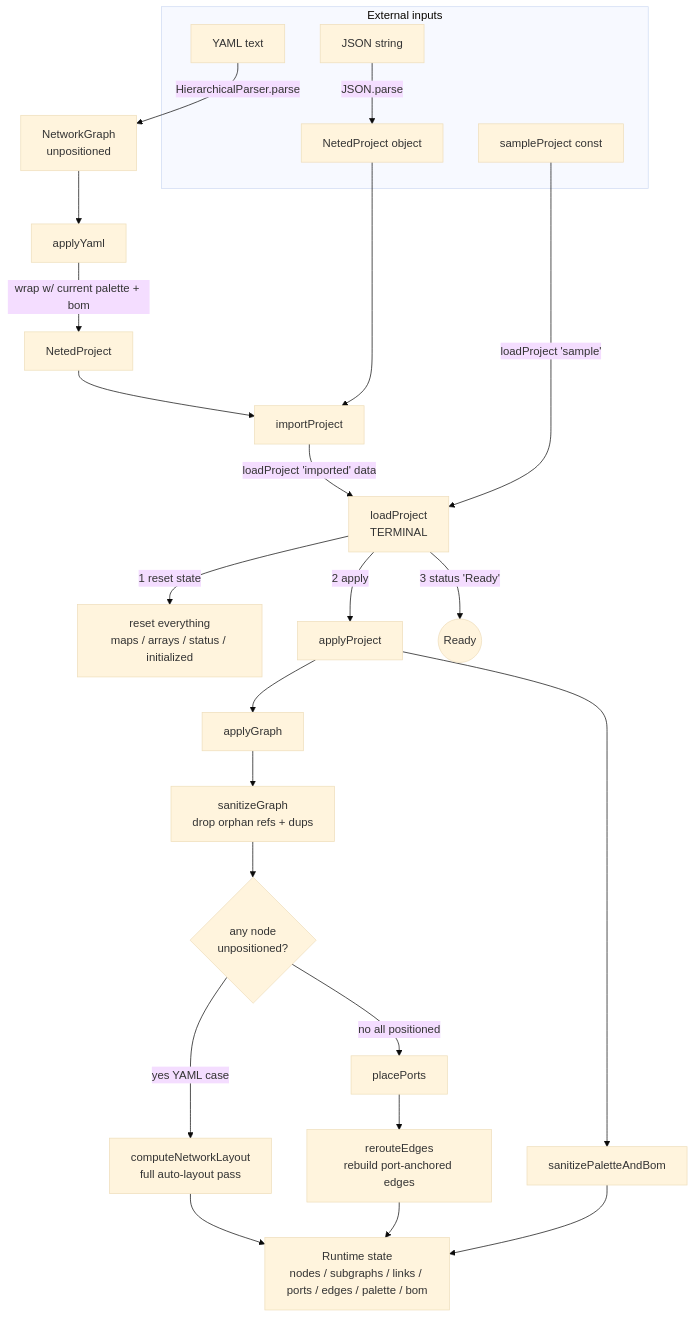
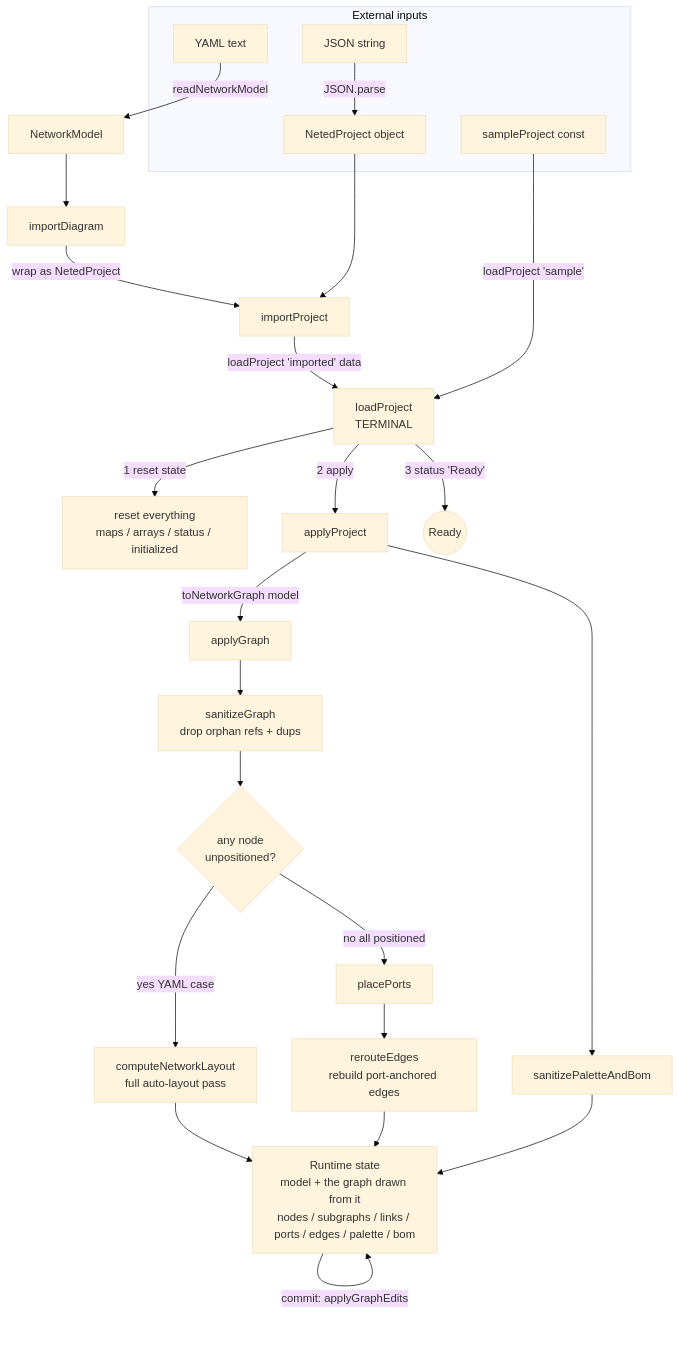
One commit to konoe-akitoshi/shumoku changed the second of 12 diagrams in docs/ARCHITECTURE.md. Above: the diagram before and after it, drawn with Mermaid (base theme). The commit also changed other lines of this file and 10 other files, not shown here.

First line of the commit message:
docs: describe reading YAML with readNetworkModel instead of the removed parser

````diff
--- a/docs/ARCHITECTURE.md
+++ b/docs/ARCHITECTURE.md
@@ -96,37 +96,37 @@
 ```mermaid
 flowchart TD
   subgraph EXT[External inputs]
     YT[YAML text]
     JSTR[JSON string]
     JOBJ[NetedProject object]
     SPF[sampleProject const]
   end
 
-  YT -->|HierarchicalParser.parse| NG1[NetworkGraph<br/>unpositioned]
-  NG1 --> APY[applyYaml]
-  APY -->|wrap w/ current palette + bom| NP1[NetedProject]
-  NP1 --> IPJ[importProject]
+  YT -->|readNetworkModel| NM1[NetworkModel]
+  NM1 --> IMD[importDiagram]
+  IMD -->|wrap as NetedProject| IPJ[importProject]
 
   JSTR -->|JSON.parse| JOBJ
   JOBJ --> IPJ
 
   IPJ -->|loadProject 'imported' data| LP
   SPF -->|loadProject 'sample'| LP
 
   LP[loadProject<br/>TERMINAL]
   LP -->|1 reset state| RST[reset everything<br/>maps / arrays / status / initialized]
   LP -->|2 apply| APP[applyProject]
   LP -->|3 status 'Ready'| READY((Ready))
 
-  APP --> APG[applyGraph]
+  APP -->|toNetworkGraph model| APG[applyGraph]
   APP --> SPB[sanitizePaletteAndBom]
 
   APG --> SG[sanitizeGraph<br/>drop orphan refs + dups]
   SG --> BR{any node<br/>unpositioned?}
   BR -->|yes YAML case| FULL[computeNetworkLayout<br/>full auto-layout pass]
   BR -->|no all positioned| PPS[placePorts]
   FULL --> STT
   PPS --> REE[rerouteEdges<br/>rebuild port-anchored edges]
   REE --> STT
-  SPB --> STT[Runtime state<br/>nodes / subgraphs / links / ports / edges / palette / bom]
+  SPB --> STT[Runtime state<br/>model + the graph drawn from it<br/>nodes / subgraphs / links / ports / edges / palette / bom]
+  STT -->|commit: applyGraphEdits| STT
 ```
````
